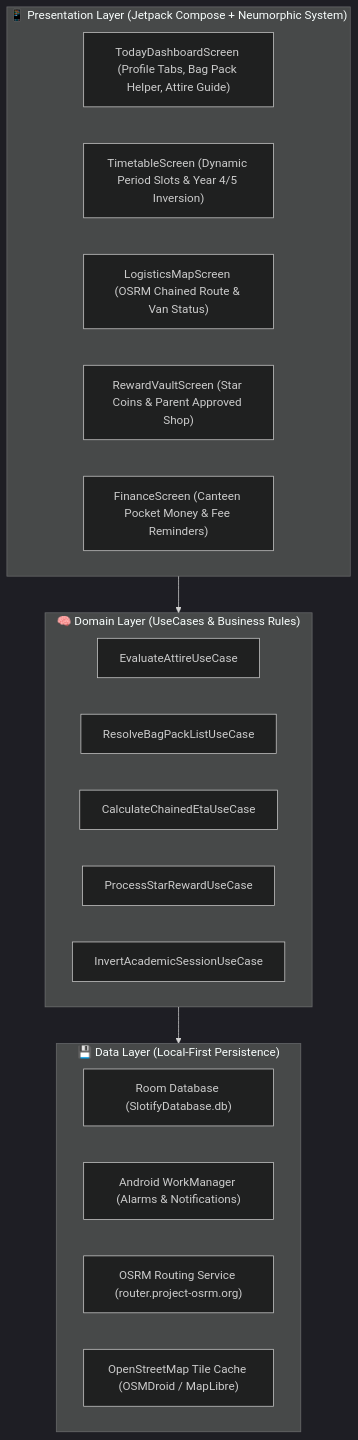
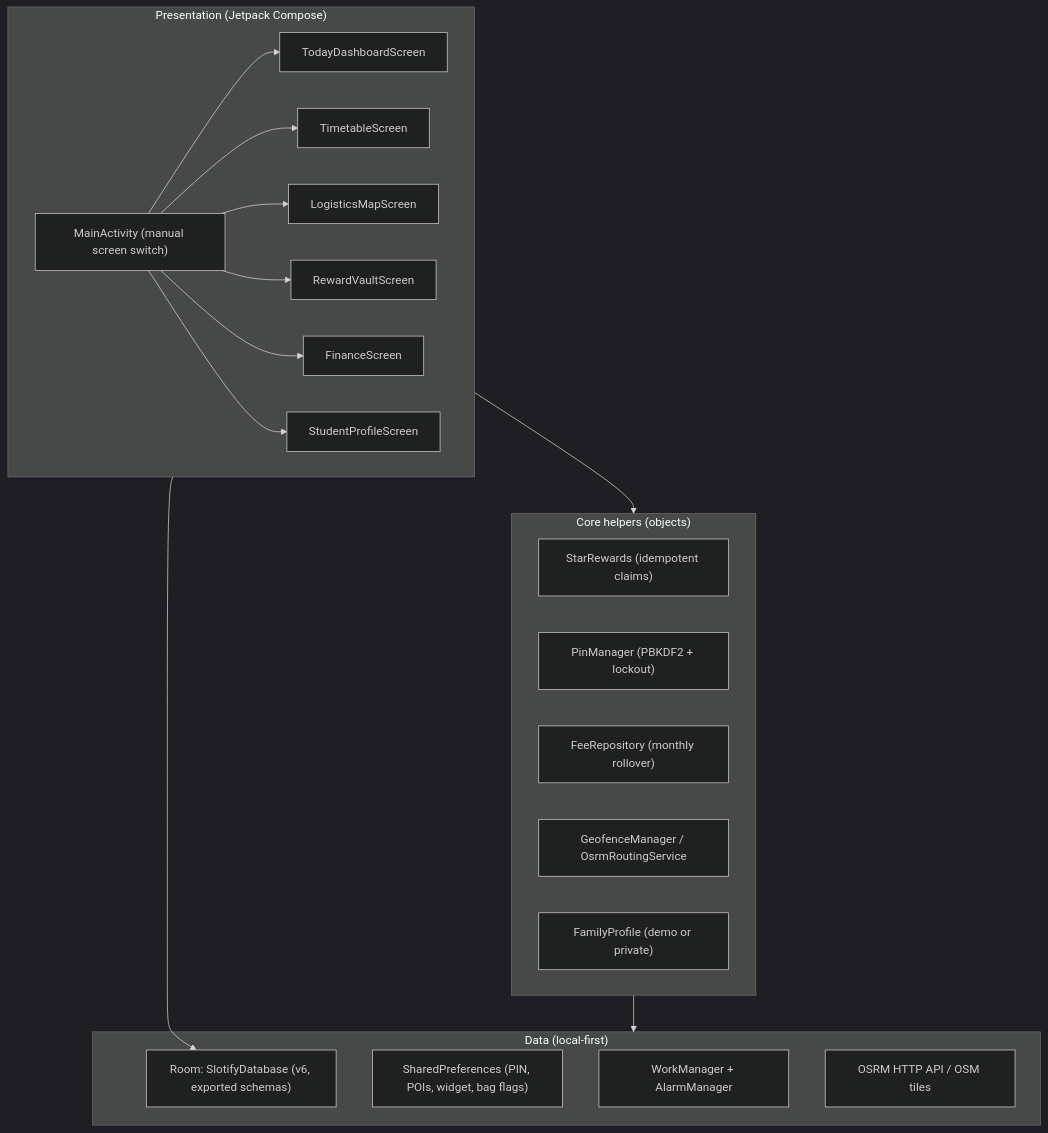
The first of 3 diagrams in MASTER_DOCUMENTATION.md (manaphassan/Slotify), drawn with Mermaid (dark theme) before and after one commit. The commit also changed other lines of this file and 60 other files, not shown here.

First line of the commit message:
Harden privacy, PIN security and data integrity

````diff
--- a/MASTER_DOCUMENTATION.md
+++ b/MASTER_DOCUMENTATION.md
@@ -42,28 +47,32 @@
 ```mermaid
 flowchart TD
-    subgraph UI_Layer ["📱 Presentation Layer (Jetpack Compose + Neumorphic System)"]
-        A1["TodayDashboardScreen (Profile Tabs, Bag Pack Helper, Attire Guide)"]
-        A2["TimetableScreen (Dynamic Period Slots & Year 4/5 Inversion)"]
-        A3["LogisticsMapScreen (OSRM Chained Route & Van Status)"]
-        A4["RewardVaultScreen (Star Coins & Parent Approved Shop)"]
-        A5["FinanceScreen (Canteen Pocket Money & Fee Reminders)"]
+    subgraph UI ["Presentation (Jetpack Compose)"]
+        M["MainActivity (manual screen switch)"]
+        A1["TodayDashboardScreen"]
+        A2["TimetableScreen"]
+        A3["LogisticsMapScreen"]
+        A4["RewardVaultScreen"]
+        A5["FinanceScreen"]
+        A6["StudentProfileScreen"]
     end
 
-    subgraph Domain_Layer ["🧠 Domain Layer (UseCases & Business Rules)"]
-        B1["EvaluateAttireUseCase"]
-        B2["ResolveBagPackListUseCase"]
-        B3["CalculateChainedEtaUseCase"]
-        B4["ProcessStarRewardUseCase"]
-        B5["InvertAcademicSessionUseCase"]
+    subgraph Core ["Core helpers (objects)"]
+        B1["StarRewards (idempotent claims)"]
+        B2["PinManager (PBKDF2 + lockout)"]
+        B3["FeeRepository (monthly rollover)"]
+        B4["GeofenceManager / OsrmRoutingService"]
+        B5["FamilyProfile (demo or private)"]
     end
 
-    subgraph Data_Layer ["💾 Data Layer (Local-First Persistence)"]
-        C1["Room Database (SlotifyDatabase.db)"]
-        C2["Android WorkManager (Alarms & Notifications)"]
-        C3["OSRM Routing Service (router.project-osrm.org)"]
-        C4["OpenStreetMap Tile Cache (OSMDroid / MapLibre)"]
+    subgraph Data ["Data (local-first)"]
+        C1["Room: SlotifyDatabase (v6, exported schemas)"]
+        C2["SharedPreferences (PIN, POIs, widget, bag flags)"]
+        C3["WorkManager + AlarmManager"]
+        C4["OSRM HTTP API / OSM tiles"]
     end
 
-    UI_Layer --> Domain_Layer
-    Domain_Layer --> Data_Layer
+    M --> A1 & A2 & A3 & A4 & A5 & A6
+    UI --> Core
+    UI --> C1
+    Core --> Data
 ```
````
